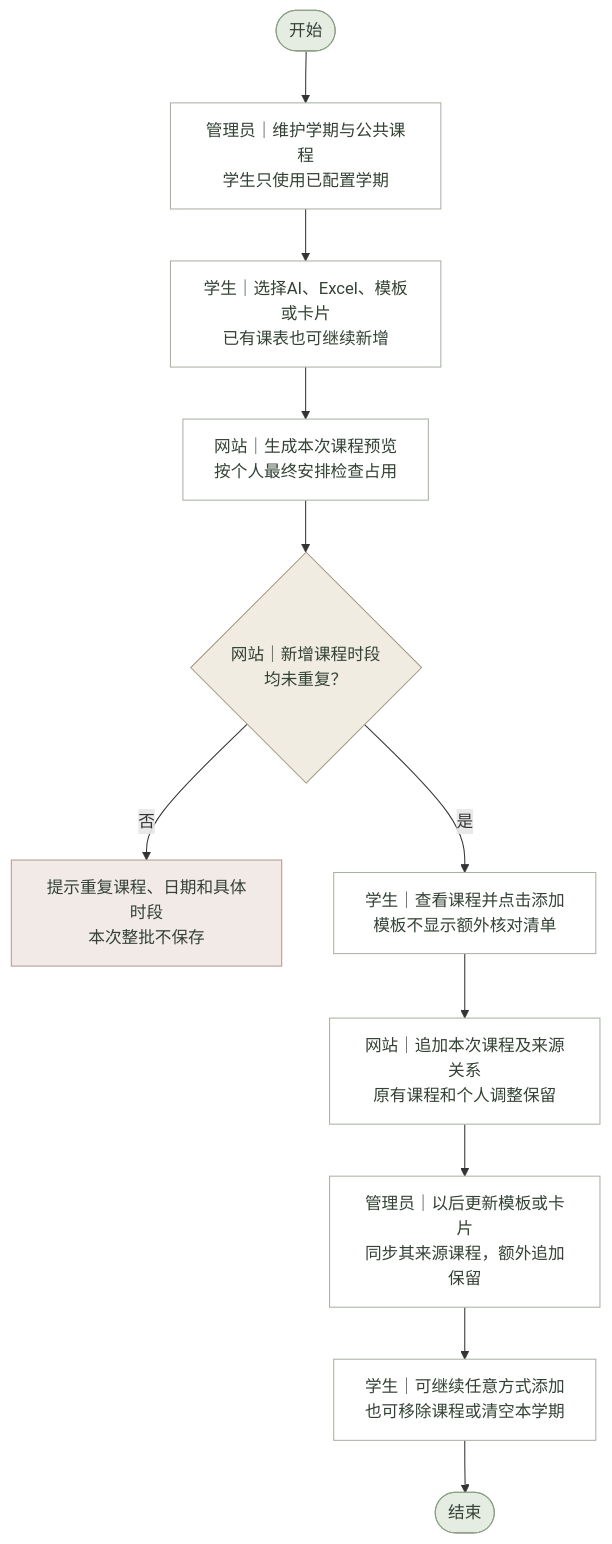
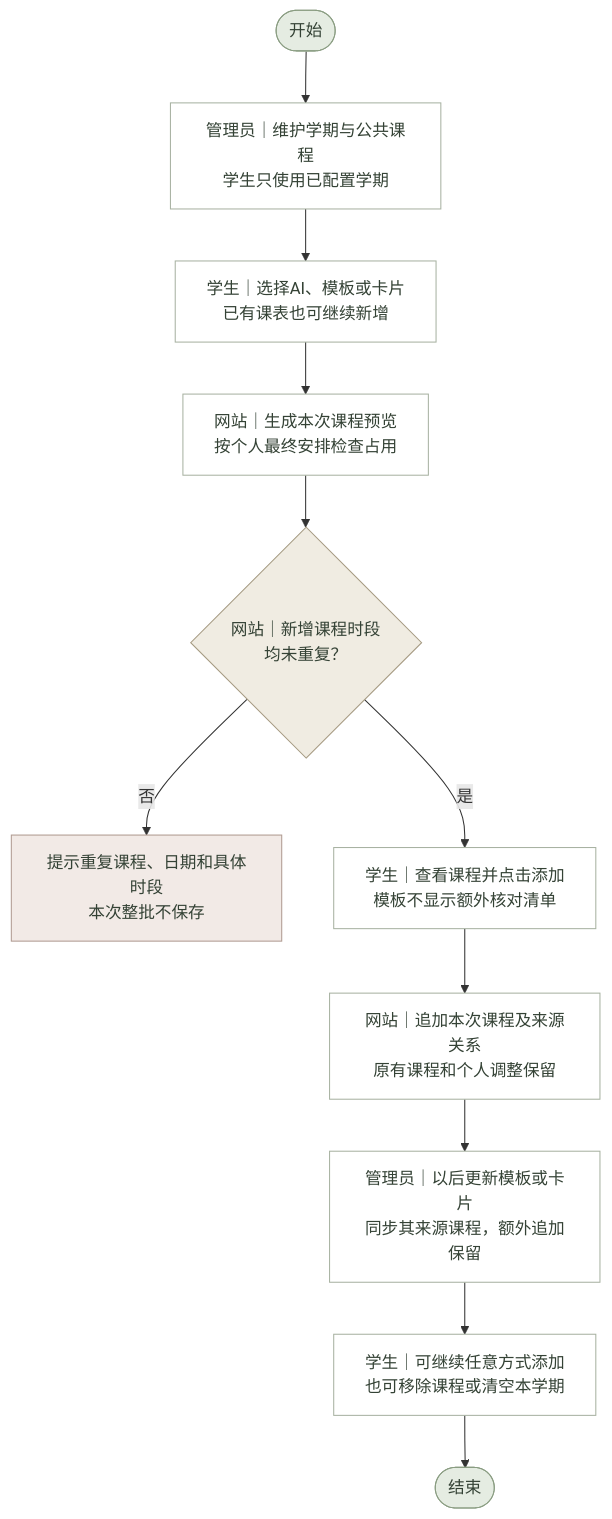
The diagram in 需求文档/课表功能/流程图源文件/业务流程图/学期课表与来源切换.mmd (lichen-lc123/class-assistant), drawn with Mermaid before and after one commit. The commit also changed 149 other files, not shown here.

```diff
--- a/需求文档/课表功能/流程图源文件/业务流程图/学期课表与来源切换.mmd
+++ b/需求文档/课表功能/流程图源文件/业务流程图/学期课表与来源切换.mmd
@@ -1,39 +1,39 @@
 %% 学期课表与来源切换 · 业务流程图 · V1.0 · 2026-11-02
 flowchart TD
     N0(["开始"])
     N1["管理员｜维护学期与公共课程<br/>学生只使用已配置学期"]
-    N2["学生｜选择AI、Excel、模板或卡片<br/>已有课表也可继续新增"]
+    N2["学生｜选择AI、模板或卡片<br/>已有课表也可继续新增"]
     N3["网站｜生成本次课程预览<br/>按个人最终安排检查占用"]
     N4{"网站｜新增课程时段<br/>均未重复？"}
     B4["提示重复课程、日期和具体时段<br/>本次整批不保存"]
     N5["学生｜查看课程并点击添加<br/>模板不显示额外核对清单"]
     N6["网站｜追加本次课程及来源关系<br/>原有课程和个人调整保留"]
     N7["管理员｜以后更新模板或卡片<br/>同步其来源课程，额外追加保留"]
     N8["学生｜可继续任意方式添加<br/>也可移除课程或清空本学期"]
     N9(["结束"])
     N0 --> N1
     N1 --> N2
     N2 --> N3
     N3 --> N4
     N4 -->|否| B4
     N4 -->|是| N5
     N5 --> N6
     N6 --> N7
     N7 --> N8
     N8 --> N9
     classDef normal fill:#FFFFFF,stroke:#A8B2A2,color:#344235;
     classDef decision fill:#F0ECE2,stroke:#A69B83,color:#344235;
     classDef terminal fill:#E5ECE2,stroke:#8A9D82,color:#344235;
     classDef exception fill:#F2EAE6,stroke:#B09B91,color:#344235;
     classDef database fill:#E7EDF0,stroke:#8A9CA6,color:#344235;
     class N0 terminal;
     class N1 normal;
     class N2 normal;
     class N3 normal;
     class N4 decision;
     class B4 exception;
     class N5 normal;
     class N6 normal;
     class N7 normal;
     class N8 normal;
     class N9 terminal;
```
